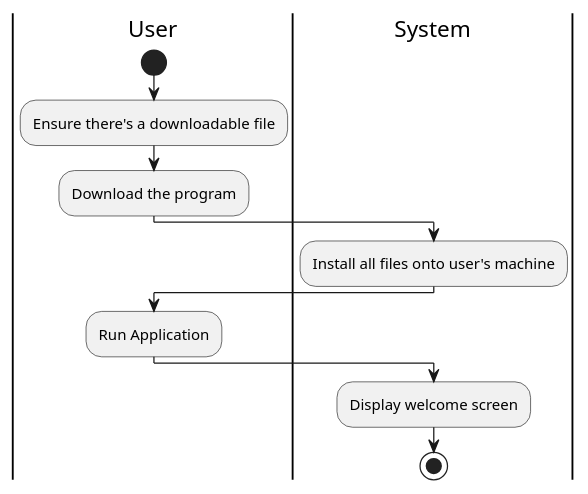
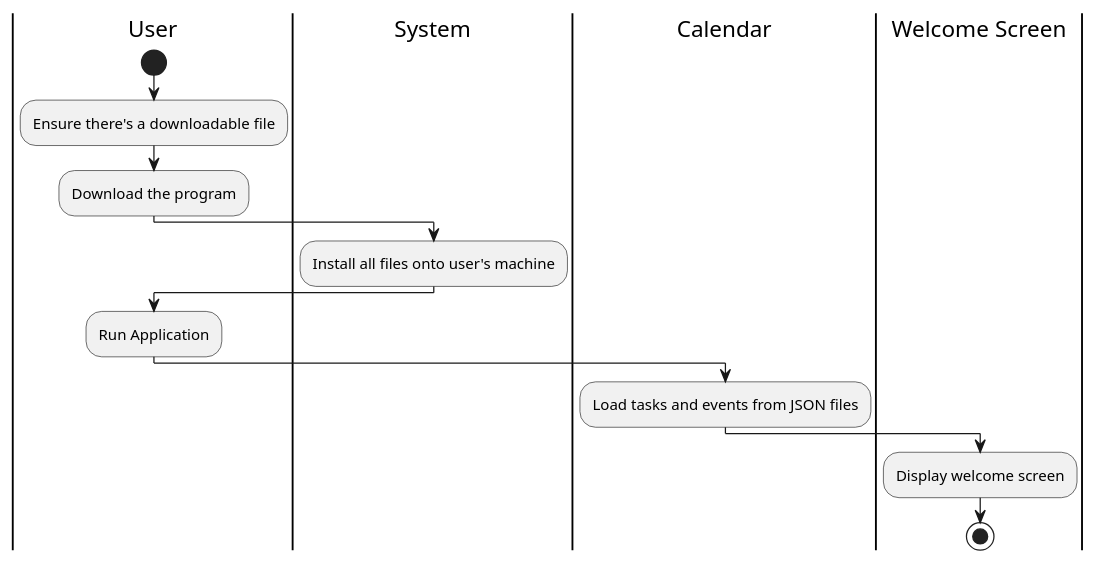
The diagram in assignment7/App_installation.puml (CS361-2024Fall-Term/Innovators), drawn with PlantUML before and after one commit.

Commit message:
Update App_installation.puml
added new swimlanes

```diff
--- a/assignment7/App_installation.puml
+++ b/assignment7/App_installation.puml
@@ -1,21 +1,24 @@
 @startuml
 |User|
 start
 
 
 |User|
 :Ensure there's a downloadable file;
 :Download the program;
 
 |System|
 :Install all files onto user's machine;
 
 |User|
 :Run Application;
 
-|System|
+|Calendar|
+:Load tasks and events from JSON files;
+
+|Welcome Screen|
 :Display welcome screen;
 
 stop
 
 @enduml
```
